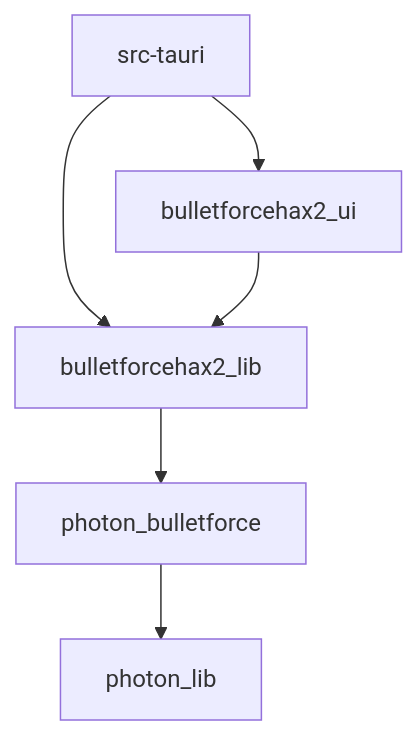
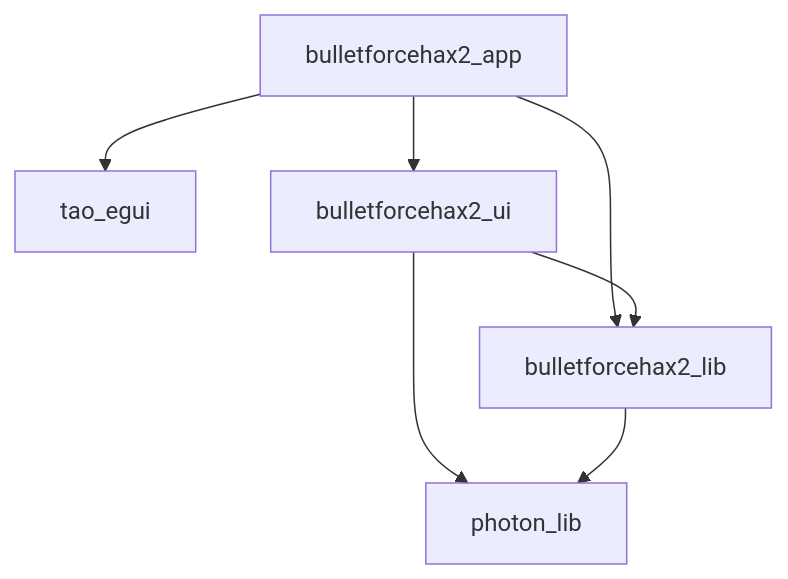
One commit to holly-hacker/BulletForceHaxV2 changed the diagram in Development.md. Above: the diagram before and after it, drawn with Mermaid. The commit also changed other lines of this file and 9 other files, not shown here.

Commit message:
Rename src-tauri to bulletforcehax2_app

````diff
--- a/Development.md
+++ b/Development.md
@@ -11,6 +12,6 @@
 ```mermaid
 flowchart TD
-    src-tauri --> bulletforcehax2_ui & bulletforcehax2_lib
-    bulletforcehax2_ui --> bulletforcehax2_lib
-    bulletforcehax2_lib --> photon_bulletforce --> photon_lib
+    bulletforcehax2_app --> tao_egui & bulletforcehax2_ui & bulletforcehax2_lib
+    bulletforcehax2_ui --> bulletforcehax2_lib & photon_lib
+    bulletforcehax2_lib --> photon_lib
 ```
````
